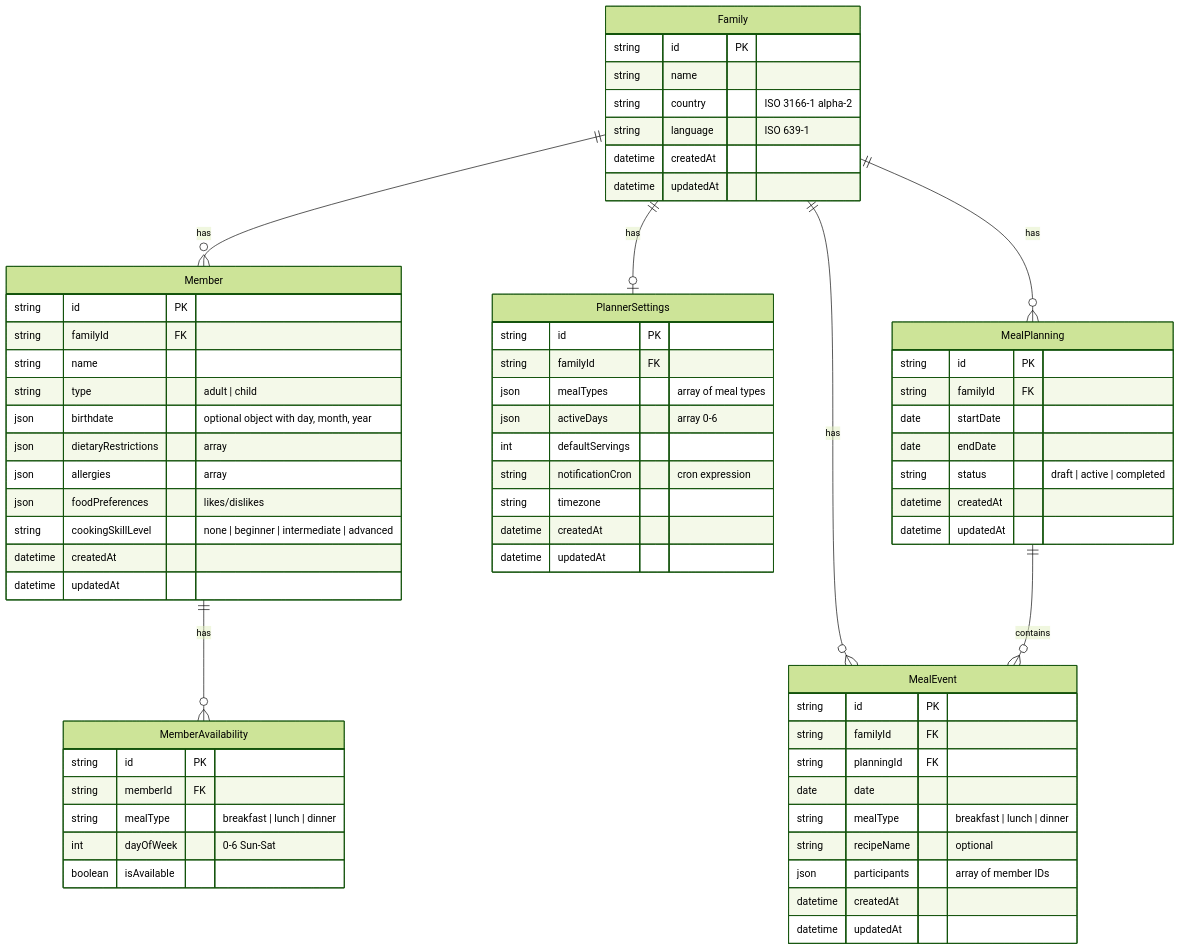
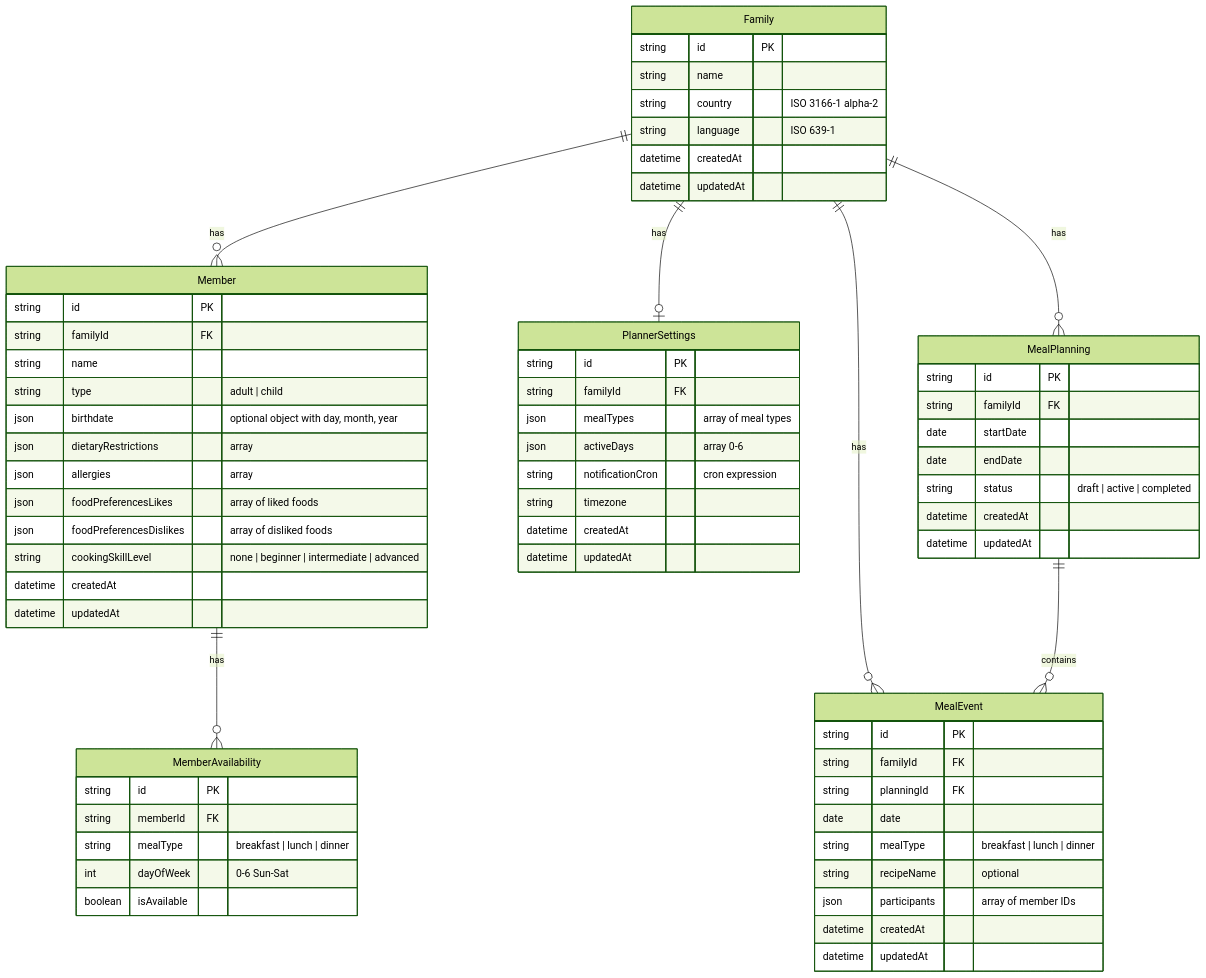
The diagram in specs/database-schema.md (Nightbr/auguste), drawn with Mermaid (forest theme) before and after one commit. The commit also changed other lines of this file and 35 other files, not shown here.

First line of the commit message:
Agent improvements: persistent storage, food preferences fix, smart merging, birthdate display, and cleanup (#8)

````diff
--- a/specs/database-schema.md
+++ b/specs/database-schema.md
@@ -8,74 +8,74 @@
 ```mermaid
 erDiagram
     Family ||--o{ Member : "has"
     Family ||--o| PlannerSettings : "has"
     Member ||--o{ MemberAvailability : "has"
     Family ||--o{ MealPlanning : "has"
     Family ||--o{ MealEvent : "has"
     MealPlanning ||--o{ MealEvent : "contains"
 
     Family {
         string id PK
         string name
         string country "ISO 3166-1 alpha-2"
         string language "ISO 639-1"
         datetime createdAt
         datetime updatedAt
     }
 
     Member {
         string id PK
         string familyId FK
         string name
         string type "adult | child"
         json birthdate "optional object with day, month, year"
         json dietaryRestrictions "array"
         json allergies "array"
-        json foodPreferences "likes/dislikes"
+        json foodPreferencesLikes "array of liked foods"
+        json foodPreferencesDislikes "array of disliked foods"
         string cookingSkillLevel "none | beginner | intermediate | advanced"
         datetime createdAt
         datetime updatedAt
     }
 
     MemberAvailability {
         string id PK
         string memberId FK
         string mealType "breakfast | lunch | dinner"
         int dayOfWeek "0-6 Sun-Sat"
         boolean isAvailable
     }
 
     PlannerSettings {
         string id PK
         string familyId FK
         json mealTypes "array of meal types"
         json activeDays "array 0-6"
-        int defaultServings
         string notificationCron "cron expression"
         string timezone
         datetime createdAt
         datetime updatedAt
     }
 
     MealPlanning {
         string id PK
         string familyId FK
         date startDate
         date endDate
         string status "draft | active | completed"
         datetime createdAt
         datetime updatedAt
     }
 
     MealEvent {
         string id PK
         string familyId FK
         string planningId FK
         date date
         string mealType "breakfast | lunch | dinner"
         string recipeName "optional"
         json participants "array of member IDs"
         datetime createdAt
         datetime updatedAt
     }
 ```
````
